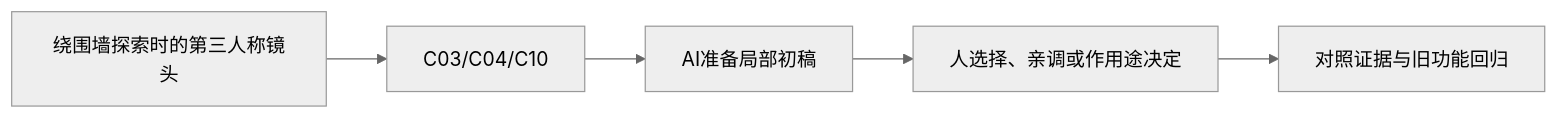
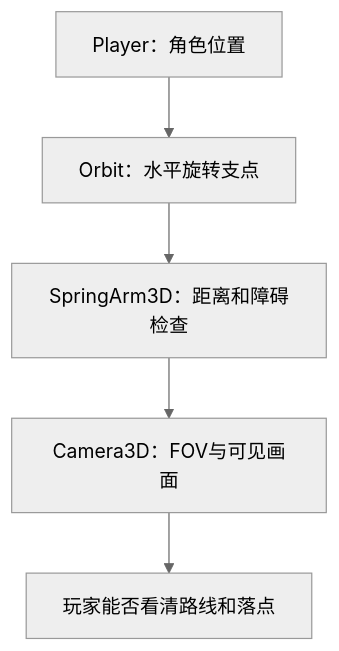
Before and after one commit to Zilur/ai-3d-game-learning: the diagram in curriculum/lessons/B06.md, drawn with Mermaid (neutral theme). The commit also changed other lines of this file and 164 other files, not shown here.

Commit message:
docs: publish 47 step-by-step AI lesson flows, world upgrade and optional training corner

````diff
--- a/curriculum/lessons/B06.md
+++ b/curriculum/lessons/B06.md
@@ -38,7 +35,7 @@
 ```mermaid
-flowchart LR
-  S["绕围墙探索时的第三人称镜头"] --> K["C03/C04/C10"]
-  K --> AI["AI准备局部初稿"]
-  AI --> H["人选择、亲调或作用途决定"]
-  H --> V["对照证据与旧功能回归"]
+flowchart TD
+ P["Player：角色位置"] --> O["Orbit：水平旋转支点"]
+ O --> S["SpringArm3D：距离和障碍检查"]
+ S --> C["Camera3D：FOV与可见画面"]
+ C --> E["玩家能否看清路线和落点"]
 ```
````
